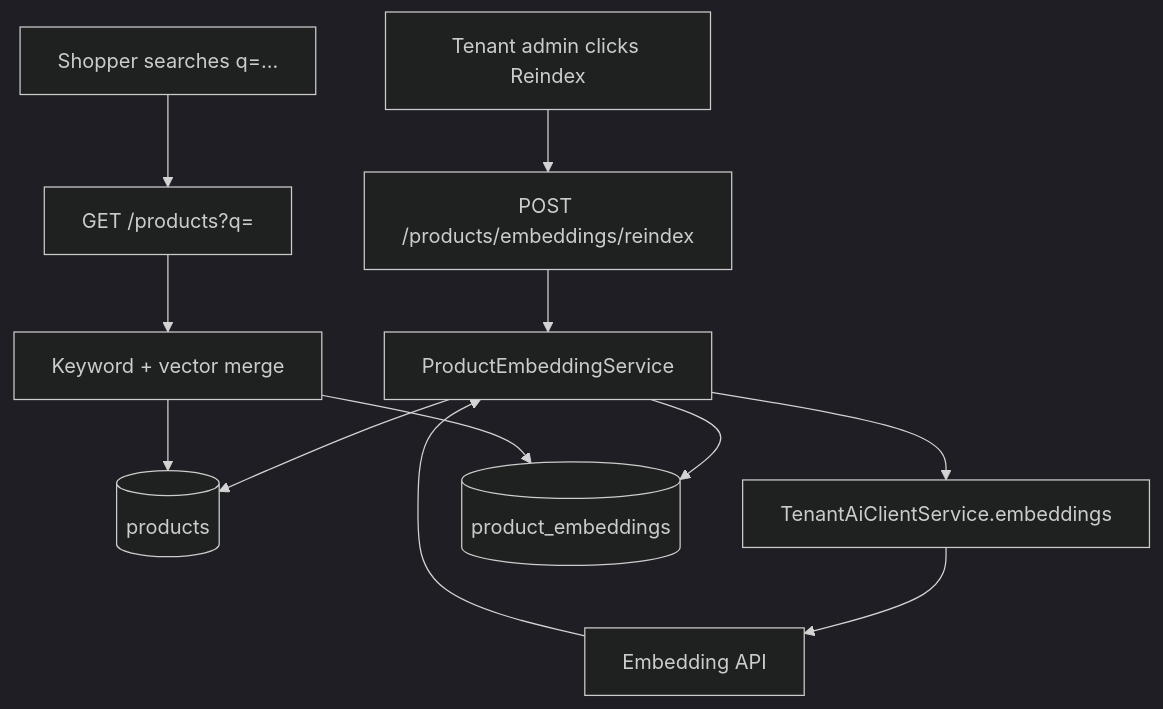
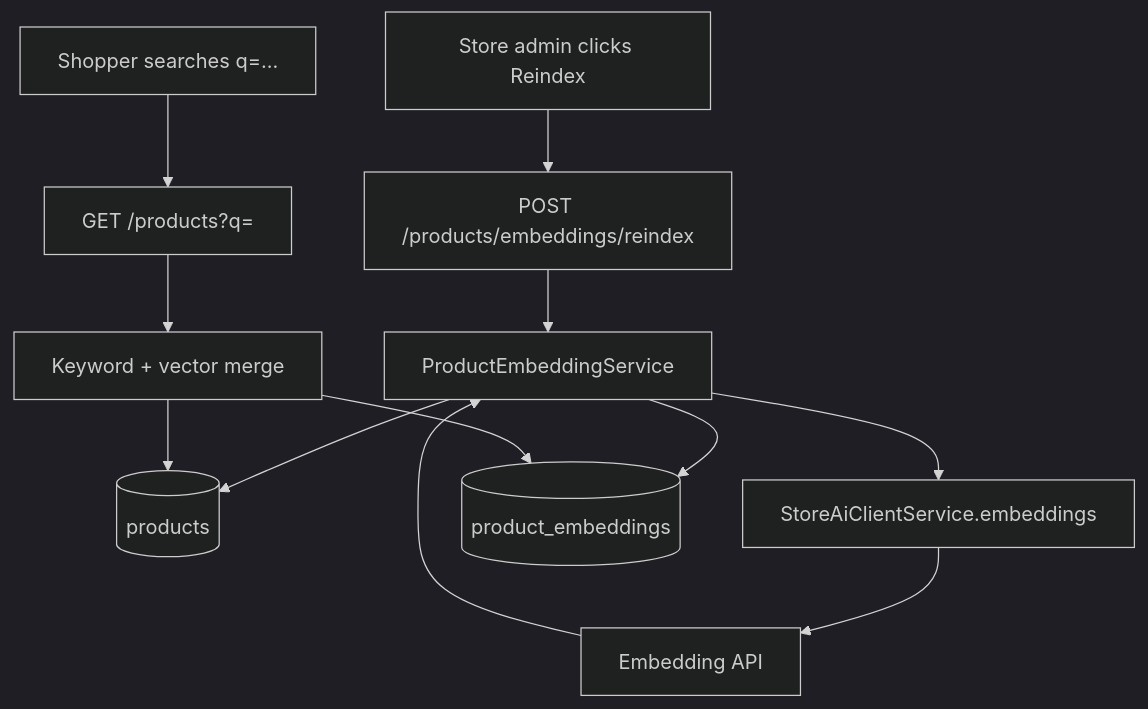
One commit to gowtamkumar/eCommerce-multi-store-saas-erp changed the fifth of 8 diagrams in doc/system-design/ai_system_guide.md. Above: the diagram before and after it, drawn with Mermaid (dark theme). The commit also changed other lines of this file and 764 other files, not shown here.

````diff
--- a/doc/system-design/ai_system_guide.md
+++ b/doc/system-design/ai_system_guide.md
@@ -431,17 +431,17 @@
 ```mermaid
 flowchart TB
-  ADMIN[Tenant admin clicks Reindex]
+  ADMIN[Store admin clicks Reindex]
   ADMIN --> API[POST /products/embeddings/reindex]
   API --> PES[ProductEmbeddingService]
   PES --> PROD[(products)]
-  PES --> TAC[TenantAiClientService.embeddings]
+  PES --> TAC[StoreAiClientService.embeddings]
   TAC --> PROVIDER[Embedding API]
   PROVIDER --> PES
   PES --> VEC[(product_embeddings)]
 
   SHOP[Shopper searches q=...]
   SHOP --> LIST[GET /products?q=]
   LIST --> HYBRID[Keyword + vector merge]
   HYBRID --> VEC
   HYBRID --> PROD
 ```
````
